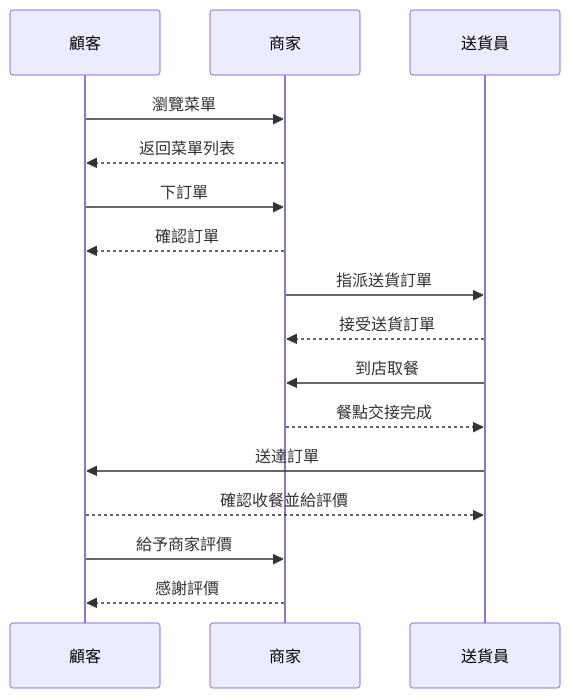
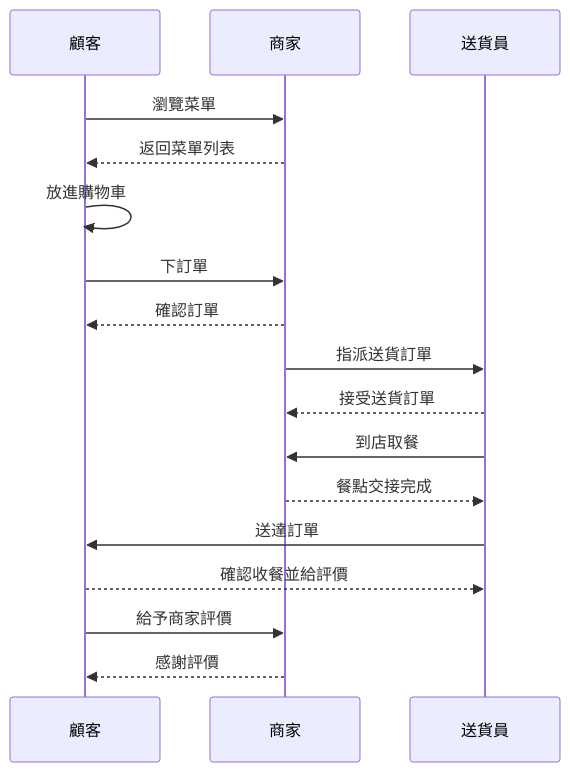
One commit to Kaiwhat/Food_Pangolin changed the second of 5 diagrams in README.md. Above: the diagram before and after it, drawn with Mermaid.

````diff
--- a/README.md
+++ b/README.md
@@ -70,23 +70,24 @@
 ```mermaid
 sequenceDiagram
     participant Customer as 顧客
     participant Merchant as 商家
     participant DeliveryPerson as 送貨員
 
     Customer->>Merchant: 瀏覽菜單
     Merchant-->>Customer: 返回菜單列表
+    Customer->>Customer: 放進購物車
     Customer->>Merchant: 下訂單
     Merchant-->>Customer: 確認訂單
 
     Merchant->>DeliveryPerson: 指派送貨訂單
     DeliveryPerson-->>Merchant: 接受送貨訂單
 
     DeliveryPerson->>Merchant: 到店取餐
     Merchant-->>DeliveryPerson: 餐點交接完成
 
     DeliveryPerson->>Customer: 送達訂單
     Customer-->>DeliveryPerson: 確認收餐並給評價
 
     Customer->>Merchant: 給予商家評價
     Merchant-->>Customer: 感謝評價
 ```
````
